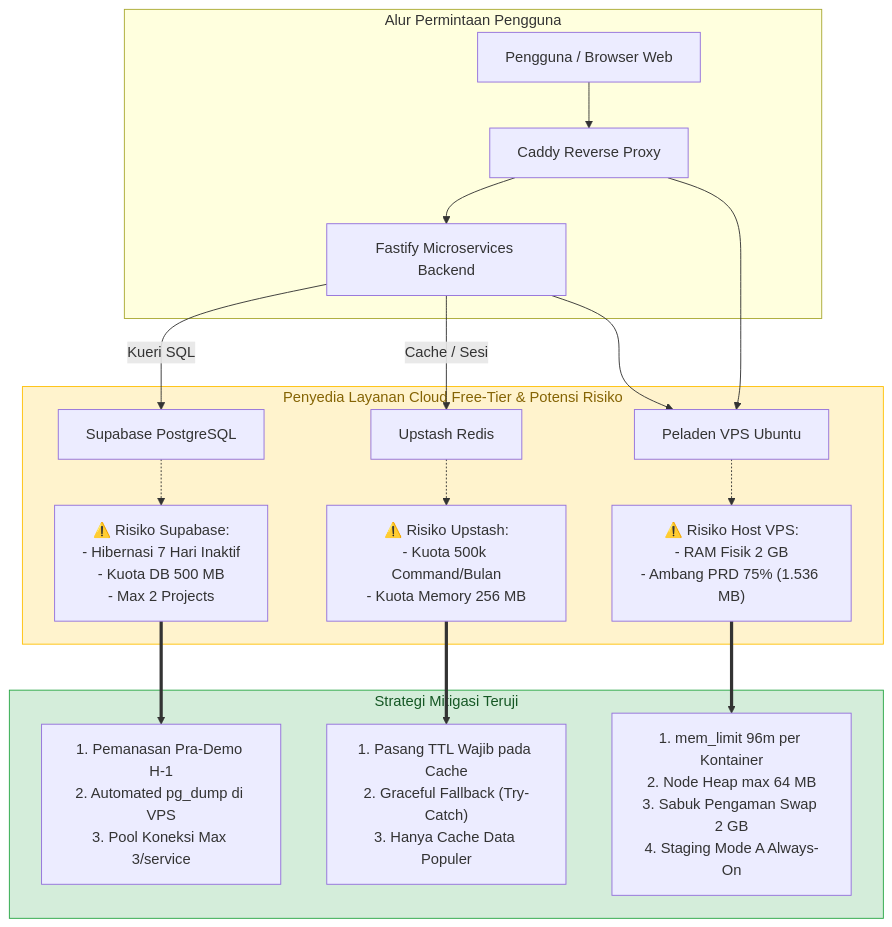
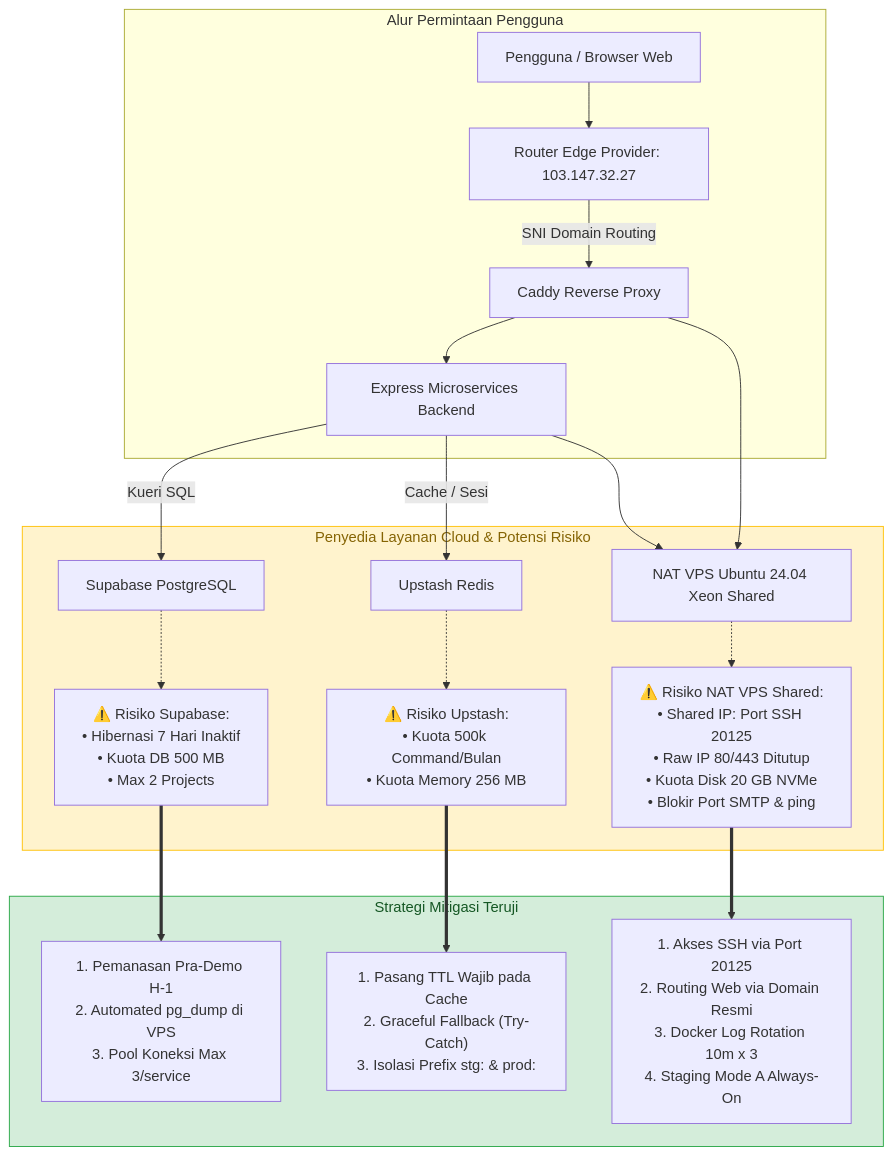
Before and after one commit to aji-banyu/mojiji-animelist: the diagram in docs/deployment/batas-hosting.md, drawn with Mermaid. The commit also changed other lines of this file and 22 other files, not shown here.

Commit message:
docs(infra): adaptasi arsitektur vps xeon shared dan pembersihan dokumentasi [MJ-091]

````diff
--- a/docs/deployment/batas-hosting.md
+++ b/docs/deployment/batas-hosting.md
@@ -15,30 +15,31 @@
 ```mermaid
 flowchart TD
     subgraph RequestFlow["Alur Permintaan Pengguna"]
-        Client[Pengguna / Browser Web] --> Caddy[Caddy Reverse Proxy]
-        Caddy --> Backend[Fastify Microservices Backend]
+        Client[Pengguna / Browser Web] --> EdgeRouter[Router Edge Provider: 103.147.32.27]
+        EdgeRouter -->|SNI Domain Routing| Caddy[Caddy Reverse Proxy]
+        Caddy --> Backend[Express Microservices Backend]
     end
 
-    subgraph FreeTierRisks["Penyedia Layanan Cloud Free-Tier & Potensi Risiko"]
+    subgraph FreeTierRisks["Penyedia Layanan Cloud & Potensi Risiko"]
         Backend -->|Kueri SQL| Supabase[Supabase PostgreSQL]
         Backend -->|Cache / Sesi| Upstash[Upstash Redis]
-        Caddy & Backend --> VPS[Peladen VPS Ubuntu]
+        Caddy & Backend --> VPS[NAT VPS Ubuntu 24.04 Xeon Shared]
         
-        S_Risk["⚠️ Risiko Supabase:<br/>- Hibernasi 7 Hari Inaktif<br/>- Kuota DB 500 MB<br/>- Max 2 Projects"]
-        U_Risk["⚠️ Risiko Upstash:<br/>- Kuota 500k Command/Bulan<br/>- Kuota Memory 256 MB"]
-        V_Risk["⚠️ Risiko Host VPS:<br/>- RAM Fisik 2 GB<br/>- Ambang PRD 75% (1.536 MB)"]
+        S_Risk["⚠️ Risiko Supabase:<br/>• Hibernasi 7 Hari Inaktif<br/>• Kuota DB 500 MB<br/>• Max 2 Projects"]
+        U_Risk["⚠️ Risiko Upstash:<br/>• Kuota 500k Command/Bulan<br/>• Kuota Memory 256 MB"]
+        V_Risk["⚠️ Risiko NAT VPS Shared:<br/>• Shared IP: Port SSH 20125<br/>• Raw IP 80/443 Ditutup<br/>• Kuota Disk 20 GB NVMe<br/>• Blokir Port SMTP & ping"]
         
         Supabase -.-> S_Risk
         Upstash -.-> U_Risk
         VPS -.-> V_Risk
     end
 
     subgraph Mitigations["Strategi Mitigasi Teruji"]
         S_Risk ==> M_Supa["1. Pemanasan Pra-Demo H-1<br/>2. Automated pg_dump di VPS<br/>3. Pool Koneksi Max 3/service"]
-        U_Risk ==> M_Upst["1. Pasang TTL Wajib pada Cache<br/>2. Graceful Fallback (Try-Catch)<br/>3. Hanya Cache Data Populer"]
-        V_Risk ==> M_VPS["1. mem_limit 96m per Kontainer<br/>2. Node Heap max 64 MB<br/>3. Sabuk Pengaman Swap 2 GB<br/>4. Staging Mode A Always-On"]
+        U_Risk ==> M_Upst["1. Pasang TTL Wajib pada Cache<br/>2. Graceful Fallback (Try-Catch)<br/>3. Isolasi Prefix stg: & prod:"]
+        V_Risk ==> M_VPS["1. Akses SSH via Port 20125<br/>2. Routing Web via Domain Resmi<br/>3. Docker Log Rotation 10m x 3<br/>4. Staging Mode A Always-On"]
     end
 
     style FreeTierRisks fill:#fff3cd,stroke:#ffc107,color:#856404
     style Mitigations fill:#d4edda,stroke:#28a745,color:#155724
 ```
````
